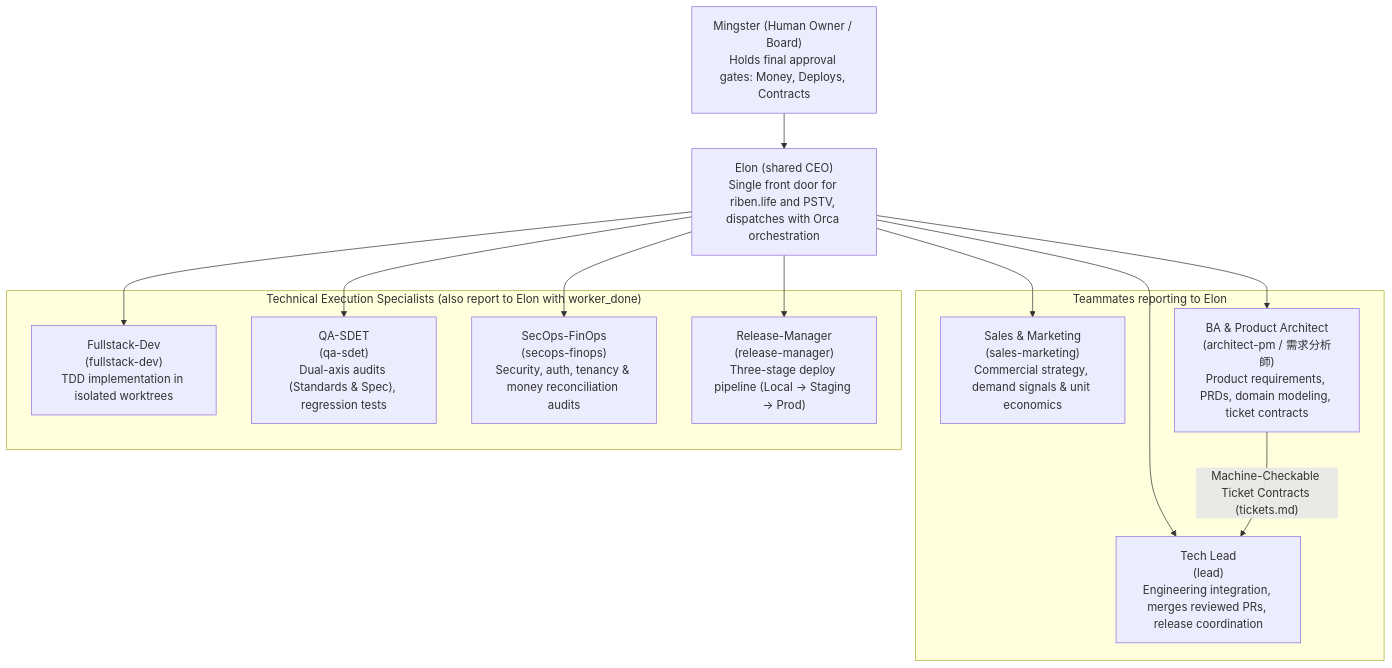
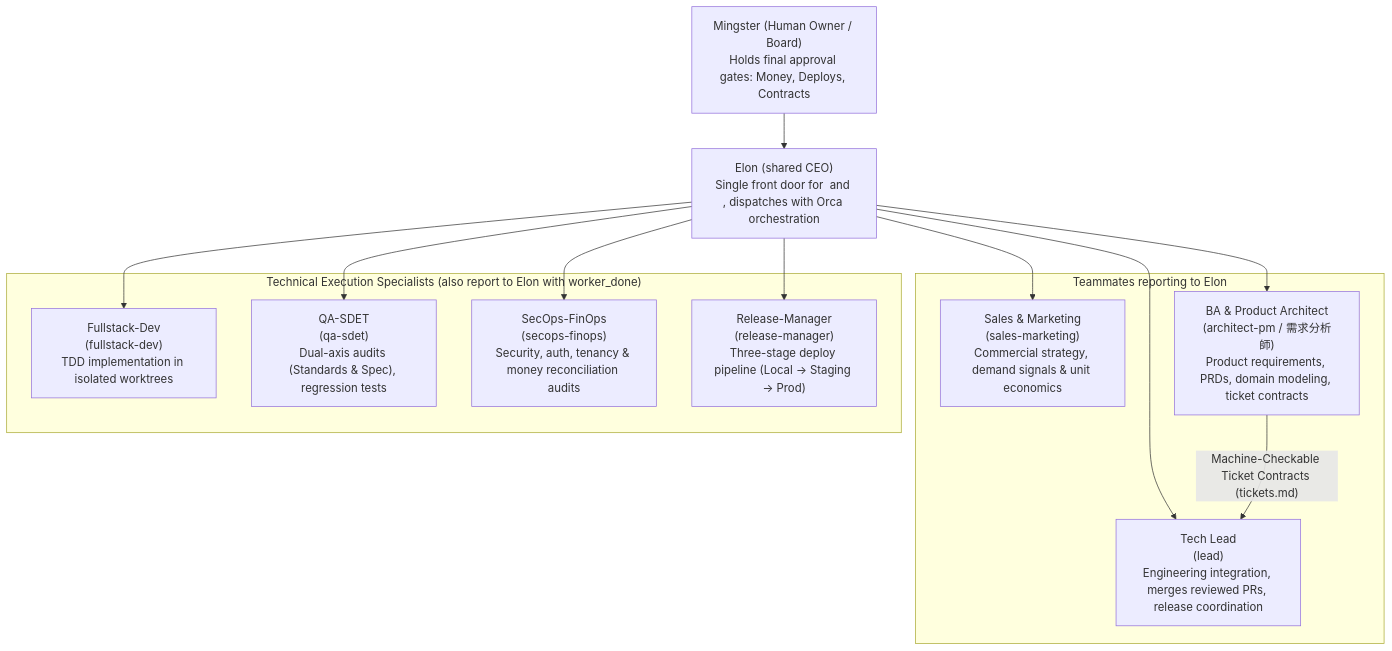
The first of 2 diagrams in docs/agents/agent-team-architecture.md (mingster/dotfiles), drawn with Mermaid before and after one commit. The commit also changed other lines of this file and 43 other files, not shown here.

````diff
--- a/docs/agents/agent-team-architecture.md
+++ b/docs/agents/agent-team-architecture.md
@@ -9,29 +9,29 @@
 ```mermaid
 flowchart TD
     Board["Mingster (Human Owner / Board)\nHolds final approval gates: Money, Deploys, Contracts"]
-    CEO["Elon (shared CEO)\nSingle front door for riben.life and PSTV, dispatches with Orca orchestration"]
+    CEO["Elon (shared CEO)\nSingle front door for <project-a> and <project-b>, dispatches with Orca orchestration"]
     
     subgraph Direct_Reports["Teammates reporting to Elon"]
         Sales["Sales & Marketing\n(sales-marketing)\nCommercial strategy, demand signals & unit economics"]
         BA["BA & Product Architect\n(architect-pm / 需求分析師)\nProduct requirements, PRDs, domain modeling, ticket contracts"]
         TL["Tech Lead\n(lead)\nEngineering integration, merges reviewed PRs, release coordination"]
     end
     
     subgraph Tech_Specialists["Technical Execution Specialists (also report to Elon with worker_done)"]
         Dev["Fullstack-Dev\n(fullstack-dev)\nTDD implementation in isolated worktrees"]
         QA["QA-SDET\n(qa-sdet)\nDual-axis audits (Standards & Spec), regression tests"]
         SecOps["SecOps-FinOps\n(secops-finops)\nSecurity, auth, tenancy & money reconciliation audits"]
         RM["Release-Manager\n(release-manager)\nThree-stage deploy pipeline (Local -> Staging -> Prod)"]
     end
 
     Board --> CEO
     CEO --> Sales
     CEO --> BA
     CEO --> TL
     
     BA -- "Machine-Checkable Ticket Contracts (tickets.md)" --> TL
     CEO --> Dev
     CEO --> QA
     CEO --> SecOps
     CEO --> RM
 ```
````
